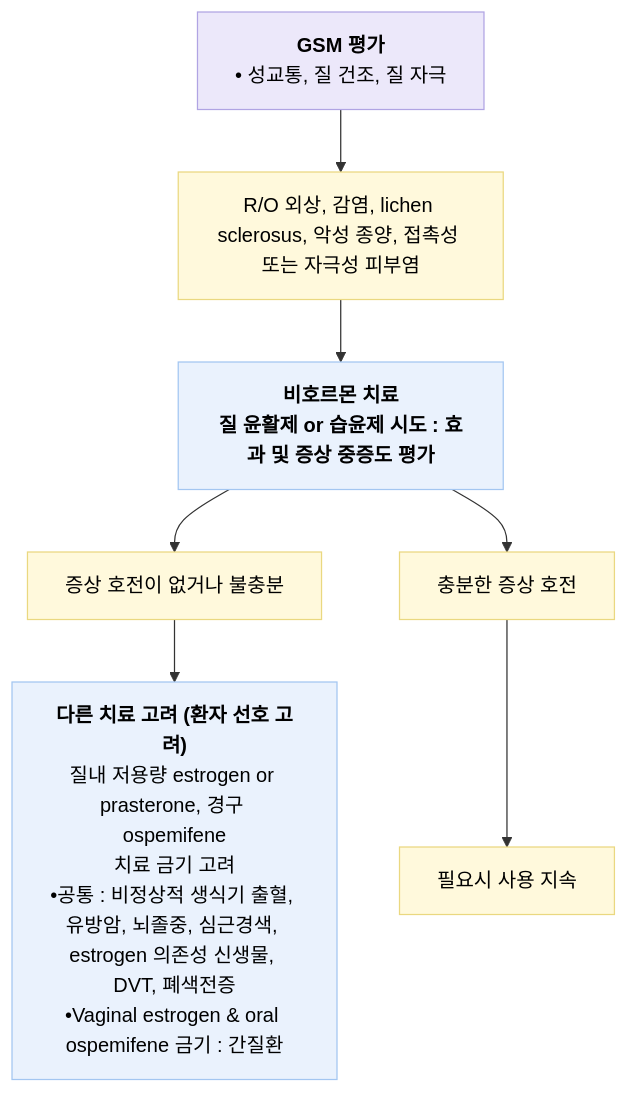
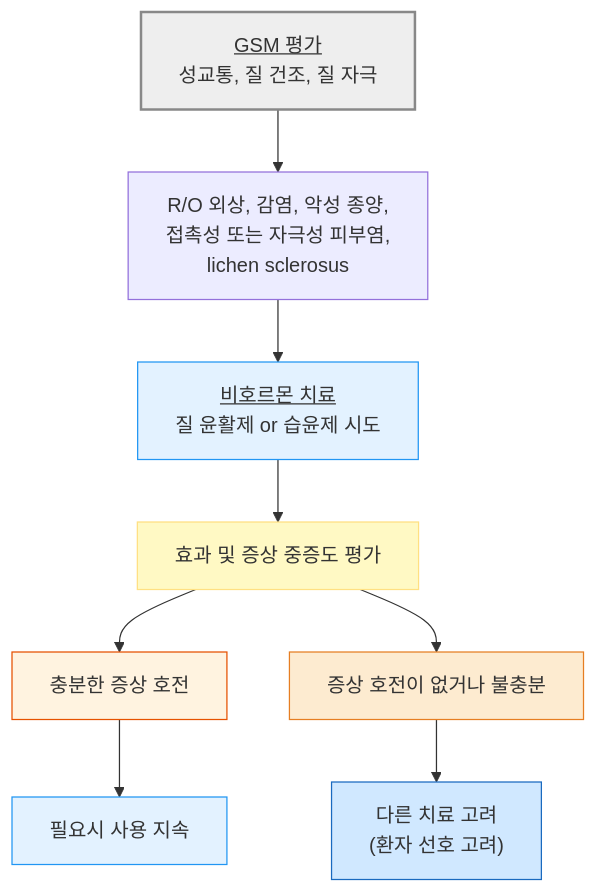
Before and after one commit to familyoh77/familyoh77: the second of 2 diagrams in 226_/108_-menopause-syndrome.md, drawn with Mermaid. The commit also changed other lines of this file, not shown here.

````diff
--- a/226_/108_-menopause-syndrome.md
+++ b/226_/108_-menopause-syndrome.md
@@ -155,29 +164,25 @@
 ```mermaid
 graph TD
-    A["<b>GSM 평가</b><br/>• 성교통, 질 건조, 질 자극"]
-
-    B["R/O 외상, 감염, lichen sclerosus, 악성 종양, 접촉성 또는 자극성 피부염"]
-
-    C["<b>비호르몬 치료</b><br/><b>질 윤활제 or 습윤제 시도 : 효과 및 증상 중증도 평가</b>"]
-
+    A["<u>GSM 평가</u><br/>성교통, 질 건조, 질 자극"]
+    B["R/O 외상, 감염, 악성 종양,<br/>접촉성 또는 자극성 피부염, <br/>lichen sclerosus"]
+    C["<u>비호르몬 치료</u><br/>질 윤활제 or 습윤제 시도"]
+    C1[효과 및 증상 중증도 평가]
     D1["증상 호전이 없거나 불충분"]
     D2["충분한 증상 호전"]
-
-    E1["<b>다른 치료 고려 (환자 선호 고려)</b><br/>질내 저용량 estrogen or prasterone, 경구 ospemifene<br/>치료 금기 고려<br/>•공통 : 비정상적 생식기 출혈, 유방암, 뇌졸중, 심근경색, estrogen 의존성 신생물, DVT, 폐색전증<br/>•Vaginal estrogen & oral ospemifene 금기 : 간질환"]
+    E1["다른 치료 고려 <br/>(환자 선호 고려)"]
     E2["필요시 사용 지속"]
-
     A --> B
     B --> C
-    C --> D1
-    C --> D2
+    C --> C1
+    C1 --> D2
+ C1 --> D1
+    D2 --> E2
     D1 --> E1
-    D2 --> E2
-
-    classDef purple fill:#ECE8FA,stroke:#B0A4E3,stroke-width:1px,color:#000000;
-    classDef yellow fill:#FFF9DC,stroke:#EAD880,stroke-width:1px,color:#000000;
-    classDef blue fill:#EAF2FD,stroke:#A3C6F1,stroke-width:1px,color:#000000;
-
-    class A purple;
-    class B,D1,D2,E2 yellow;
-    class C,E1 blue;
+style A fill:#eeeeee,stroke:#888888,stroke-width:2px
+style C1 fill:#fff9c4,stroke:#ffe082
+classDef sky fill:#e3f2ff,stroke:#2196f3
+class C,E2 sky
+style E1 fill:#d0e8ff,stroke:#1a6abf
+style D1 fill:#fdebd0,stroke:#e67e22
+style D2 fill:#fff3e0,stroke:#e65100
 ```
````
